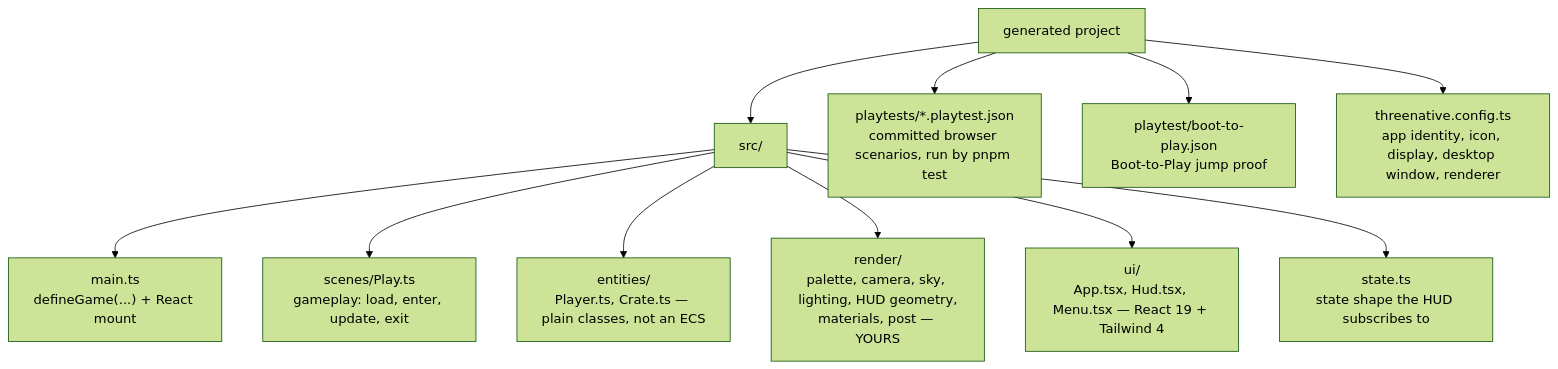
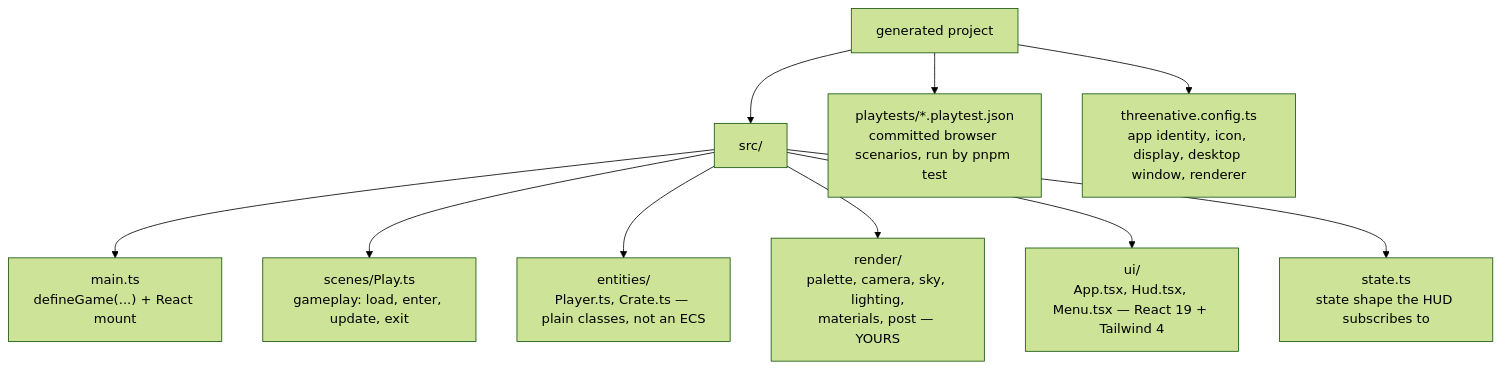
One commit to ThreeNativeHQ/threenative changed the diagram in packages/create-threenative/templates/starter/AGENTS.md. Above: the diagram before and after it, drawn with Mermaid (forest theme). The commit also changed other lines of this file and 403 other files, not shown here.

````diff
--- a/packages/create-threenative/templates/starter/AGENTS.md
+++ b/packages/create-threenative/templates/starter/AGENTS.md
@@ -52,25 +52,23 @@
 ```mermaid
 flowchart TD
     project["generated project"]
     src["src/"]
     main["main.ts<br/>defineGame(...) + React mount"]
     play["scenes/Play.ts<br/>gameplay: load, enter, update, exit"]
     entities["entities/<br/>Player.ts, Crate.ts — plain classes, not an ECS"]
-    render["render/<br/>palette, camera, sky, lighting, HUD geometry,<br/>materials, post — YOURS"]
+    render["render/<br/>palette, camera, sky, lighting,<br/>materials, post — YOURS"]
     ui["ui/<br/>App.tsx, Hud.tsx, Menu.tsx — React 19 + Tailwind 4"]
     state["state.ts<br/>state shape the HUD subscribes to"]
     scenarios["playtests/*.playtest.json<br/>committed browser scenarios, run by pnpm test"]
-    boot["playtest/boot-to-play.json<br/>Boot-to-Play jump proof"]
     config["threenative.config.ts<br/>app identity, icon, display, desktop window, renderer"]
 
     project --> src
     src --> main
     src --> play
     src --> entities
     src --> render
     src --> ui
     src --> state
     project --> scenarios
-    project --> boot
     project --> config
 ```
````
